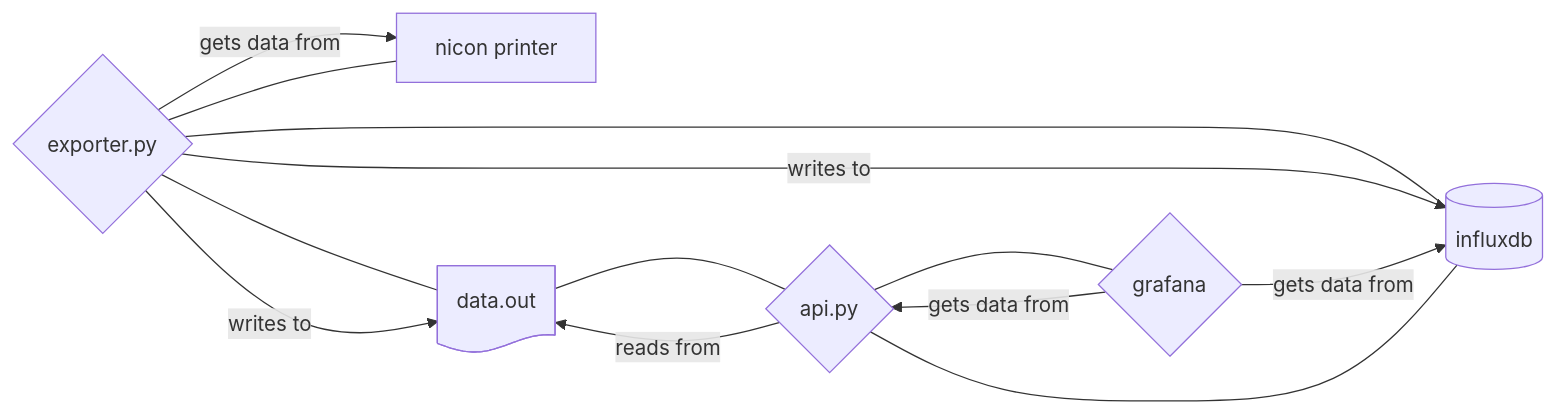
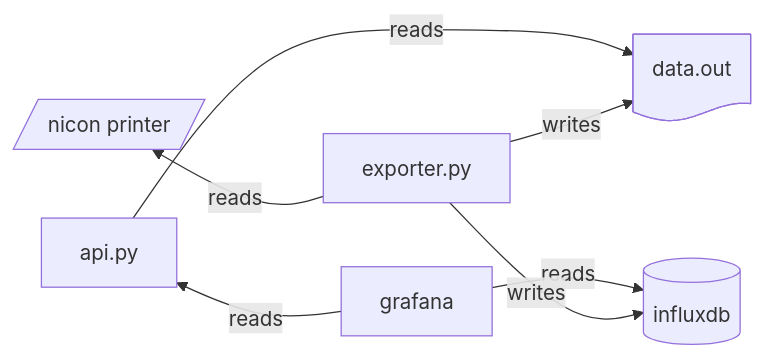
The diagram in readme.md (carnivuth/opc-ua-birex), drawn with Mermaid before and after one commit.

Commit message:
change shapes

````diff
--- a/readme.md
+++ b/readme.md
@@ -13,15 +13,16 @@
 ```mermaid
 flowchart LR
-A{exporter.py}
-B{api.py}
-C{grafana}
-D[nicon printer]
-E@{ shape: doc ,label: data.out}
-F@{ shape: database, label: influxdb}
+A@{ shape: in-out, label: nicon printer}
+B@{ shape: proc, label: exporter.py}
+C@{ shape: doc ,label: data.out}
+D@{ shape: database, label: influxdb}
+E@{ shape: proc, label: api.py}
+F@{ shape: proc, label: grafana}
 
-D --- A --- E & F --- B --- C
-A -- gets data from --> D
-A -- writes to --> E & F
-B -- reads from --> E
-C -- gets data from --> B & F
+A ~~~ B
+E ~~~ F
+F --reads--> E & D
+E --reads--> C
+B --reads--> A
+B --writes--> C & D
 ```
````
